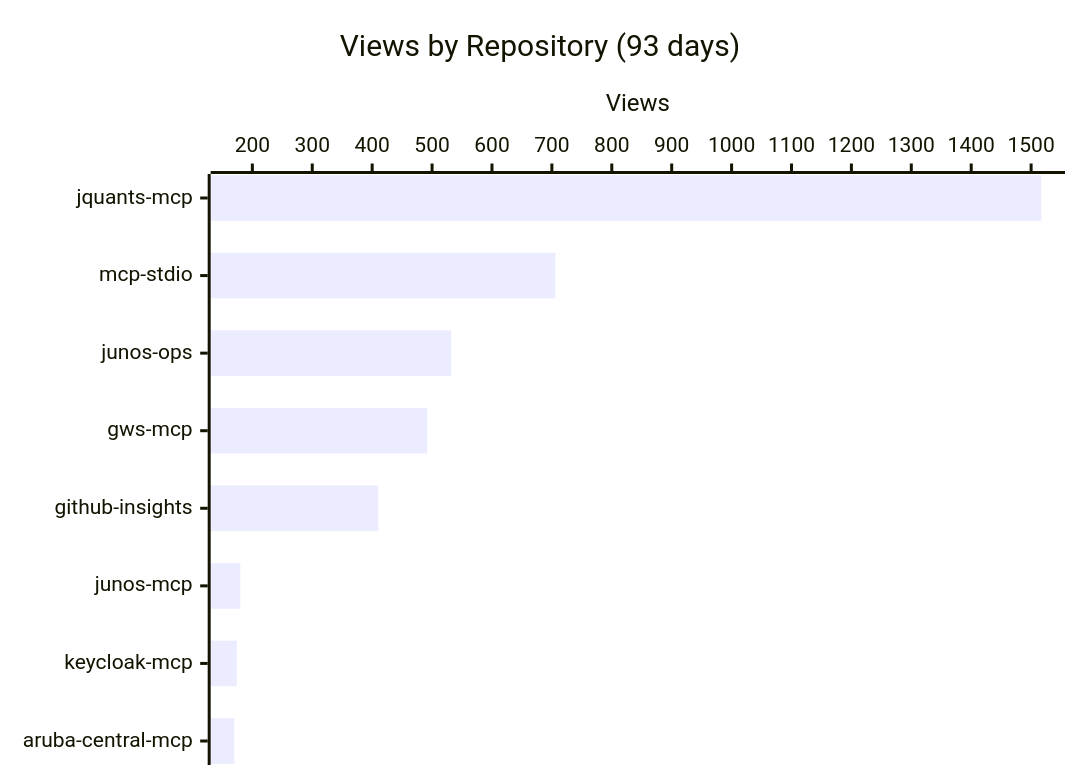
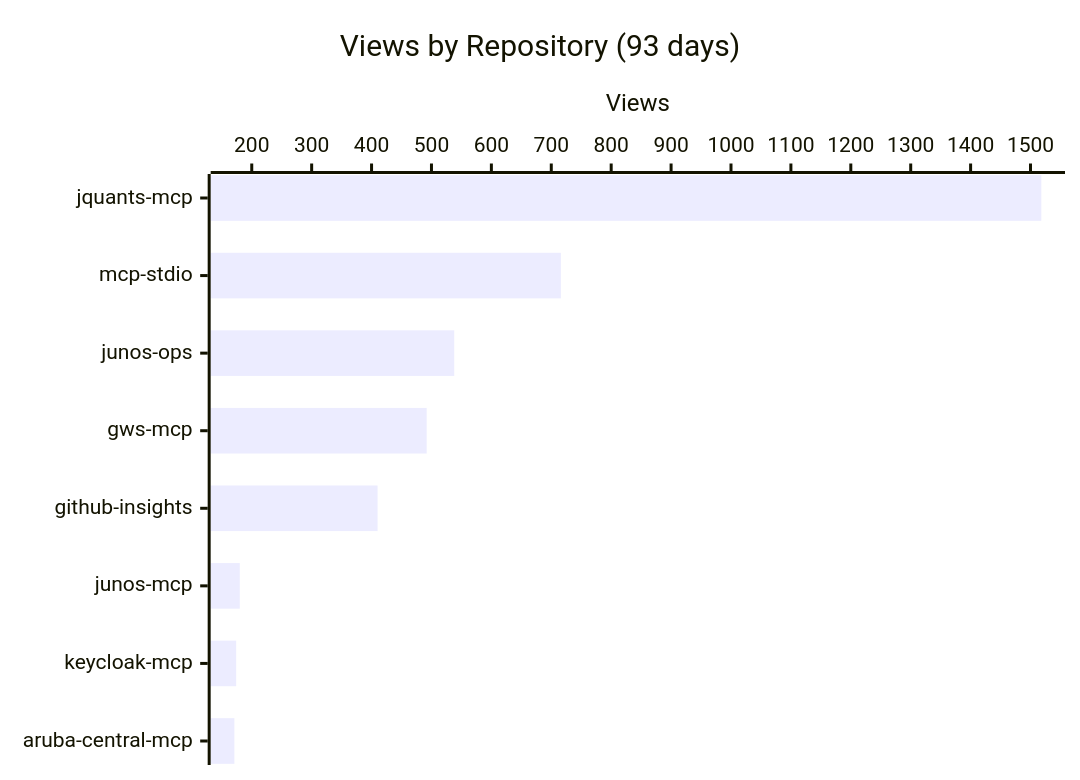
Before and after one commit to shigechika/github-insights: the first of 3 diagrams in README.md, drawn with Mermaid. The commit also changed other lines of this file and 2 other files, not shown here.

````diff
--- a/README.md
+++ b/README.md
@@ -18,7 +18,7 @@
 ```mermaid
 xychart-beta horizontal
     title "Views by Repository (93 days)"
     x-axis ["jquants-mcp", "mcp-stdio", "junos-ops", "gws-mcp", "github-insights", "junos-mcp", "keycloak-mcp", "aruba-central-mcp"]
     y-axis "Views"
-    bar [1517, 706, 532, 492, 410, 180, 174, 170]
+    bar [1518, 716, 538, 492, 410, 180, 174, 171]
 ```
````
